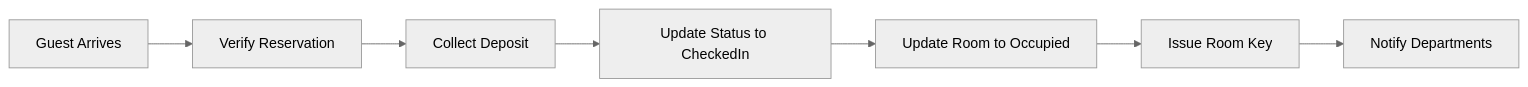
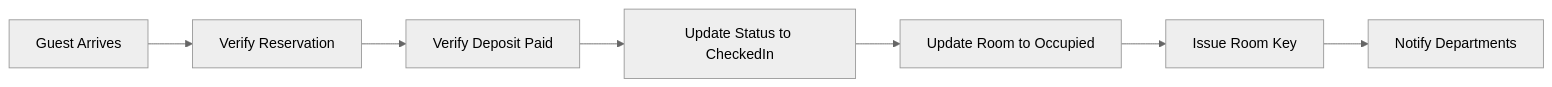
The sixth of 16 diagrams in BUSINESS_PROCESSES.md (LoudlyDawn2108/FantasticHotel), drawn with Mermaid (neutral theme) before and after one commit. The commit also changed other lines of this file and 6 other files, not shown here.

````diff
--- a/BUSINESS_PROCESSES.md
+++ b/BUSINESS_PROCESSES.md
@@ -282,9 +282,9 @@
 ```mermaid
 flowchart LR
     A[Guest Arrives] --> B[Verify Reservation]
-    B --> C[Collect Deposit]
+    B --> C[Verify Deposit Paid]
     C --> D[Update Status to CheckedIn]
     D --> E[Update Room to Occupied]
     E --> F[Issue Room Key]
     F --> G[Notify Departments]
 ```
````
